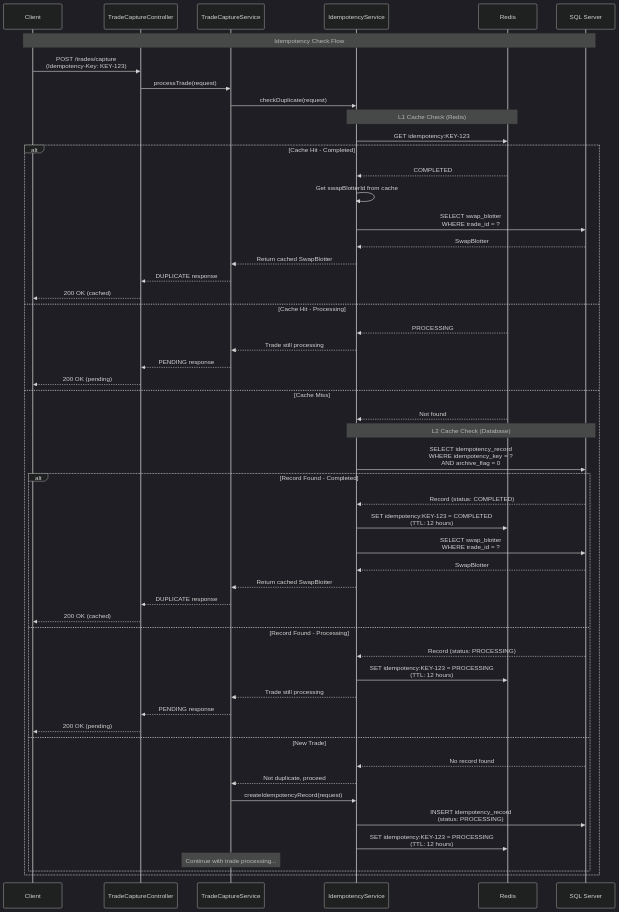
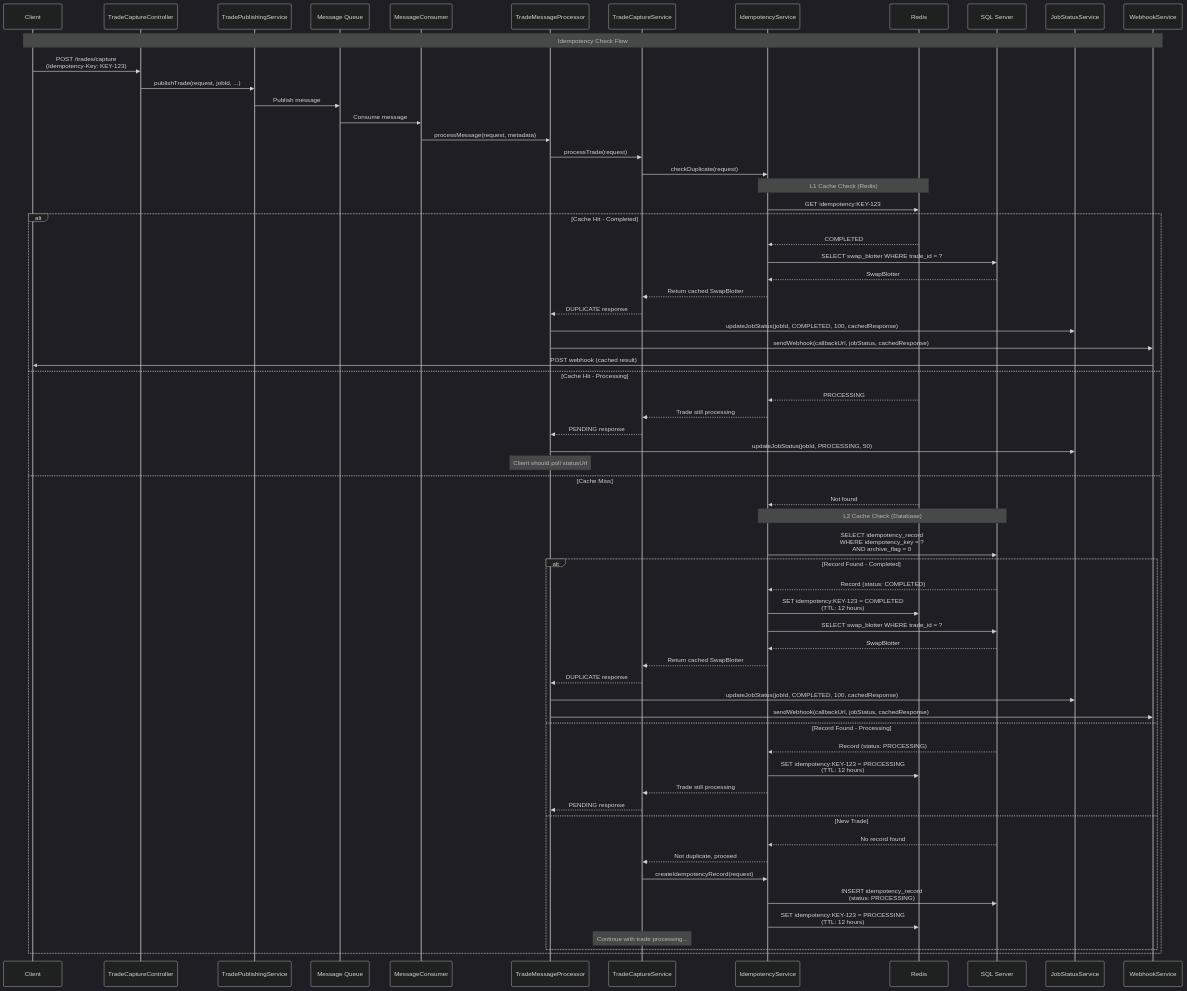
The fifth of 6 diagrams in docs/trade-capture-sequence-diagram.md (srviswan/pb-synth-tradecapture-svc), drawn with Mermaid (dark theme) before and after one commit. The commit also changed other lines of this file and 1 other file, not shown here.

First line of the commit message:
Add callback URL usage guide and regenerate sequence diagrams

````diff
--- a/docs/trade-capture-sequence-diagram.md
+++ b/docs/trade-capture-sequence-diagram.md
@@ -271,60 +463,72 @@
 ```mermaid
 sequenceDiagram
     participant Client
     participant API as TradeCaptureController
+    participant TPS as TradePublishingService
+    participant MQ as Message Queue
+    participant Consumer as MessageConsumer
+    participant TMP as TradeMessageProcessor
     participant TCS as TradeCaptureService
     participant IS as IdempotencyService
     participant Redis
     participant DB as SQL Server
+    participant JSS as JobStatusService
+    participant WS as WebhookService
 
-    Note over Client,DB: Idempotency Check Flow
+    Note over Client,WS: Idempotency Check Flow
 
     Client->>API: POST /trades/capture<br/>(Idempotency-Key: KEY-123)
-    API->>TCS: processTrade(request)
+    API->>TPS: publishTrade(request, jobId, ...)
+    TPS->>MQ: Publish message
+    MQ->>Consumer: Consume message
+    Consumer->>TMP: processMessage(request, metadata)
+    TMP->>TCS: processTrade(request)
     
     TCS->>IS: checkDuplicate(request)
     
     Note over IS,Redis: L1 Cache Check (Redis)
     IS->>Redis: GET idempotency:KEY-123
     alt Cache Hit - Completed
         Redis-->>IS: COMPLETED
-        IS->>IS: Get swapBlotterId from cache
-        IS->>DB: SELECT swap_blotter<br/>WHERE trade_id = ?
+        IS->>DB: SELECT swap_blotter WHERE trade_id = ?
         DB-->>IS: SwapBlotter
         IS-->>TCS: Return cached SwapBlotter
-        TCS-->>API: DUPLICATE response
-        API-->>Client: 200 OK (cached)
+        TCS-->>TMP: DUPLICATE response
+        TMP->>JSS: updateJobStatus(jobId, COMPLETED, 100, cachedResponse)
+        TMP->>WS: sendWebhook(callbackUrl, jobStatus, cachedResponse)
+        WS->>Client: POST webhook (cached result)
     else Cache Hit - Processing
         Redis-->>IS: PROCESSING
         IS-->>TCS: Trade still processing
-        TCS-->>API: PENDING response
-        API-->>Client: 200 OK (pending)
+        TCS-->>TMP: PENDING response
+        TMP->>JSS: updateJobStatus(jobId, PROCESSING, 50)
+        Note over TMP: Client should poll statusUrl
     else Cache Miss
         Redis-->>IS: Not found
         
         Note over IS,DB: L2 Cache Check (Database)
         IS->>DB: SELECT idempotency_record<br/>WHERE idempotency_key = ?<br/>AND archive_flag = 0
         alt Record Found - Completed
             DB-->>IS: Record (status: COMPLETED)
             IS->>Redis: SET idempotency:KEY-123 = COMPLETED<br/>(TTL: 12 hours)
-            IS->>DB: SELECT swap_blotter<br/>WHERE trade_id = ?
+            IS->>DB: SELECT swap_blotter WHERE trade_id = ?
             DB-->>IS: SwapBlotter
             IS-->>TCS: Return cached SwapBlotter
-            TCS-->>API: DUPLICATE response
-            API-->>Client: 200 OK (cached)
+            TCS-->>TMP: DUPLICATE response
+            TMP->>JSS: updateJobStatus(jobId, COMPLETED, 100, cachedResponse)
+            TMP->>WS: sendWebhook(callbackUrl, jobStatus, cachedResponse)
         else Record Found - Processing
             DB-->>IS: Record (status: PROCESSING)
             IS->>Redis: SET idempotency:KEY-123 = PROCESSING<br/>(TTL: 12 hours)
             IS-->>TCS: Trade still processing
-            TCS-->>API: PENDING response
-            API-->>Client: 200 OK (pending)
+            TCS-->>TMP: PENDING response
         else New Trade
             DB-->>IS: No record found
             IS-->>TCS: Not duplicate, proceed
             TCS->>IS: createIdempotencyRecord(request)
             IS->>DB: INSERT idempotency_record<br/>(status: PROCESSING)
             IS->>Redis: SET idempotency:KEY-123 = PROCESSING<br/>(TTL: 12 hours)
             Note over TCS: Continue with trade processing...
         end
     end
 ```
````
